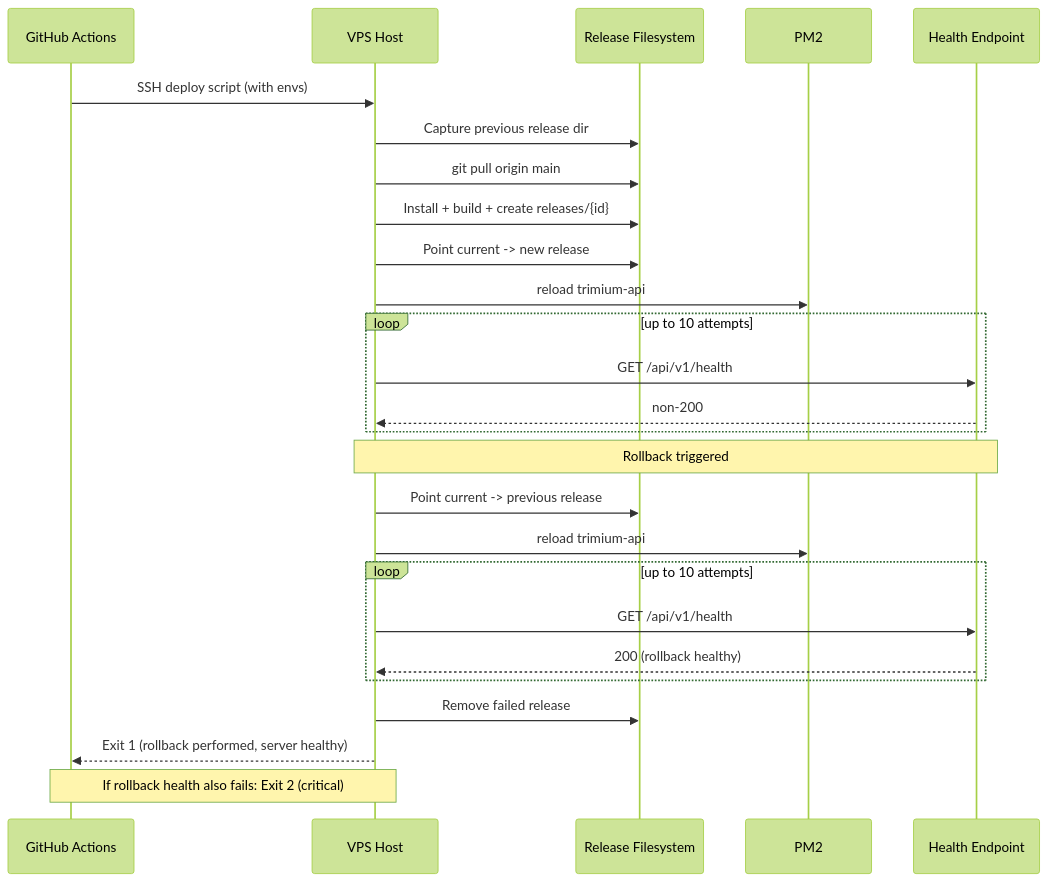
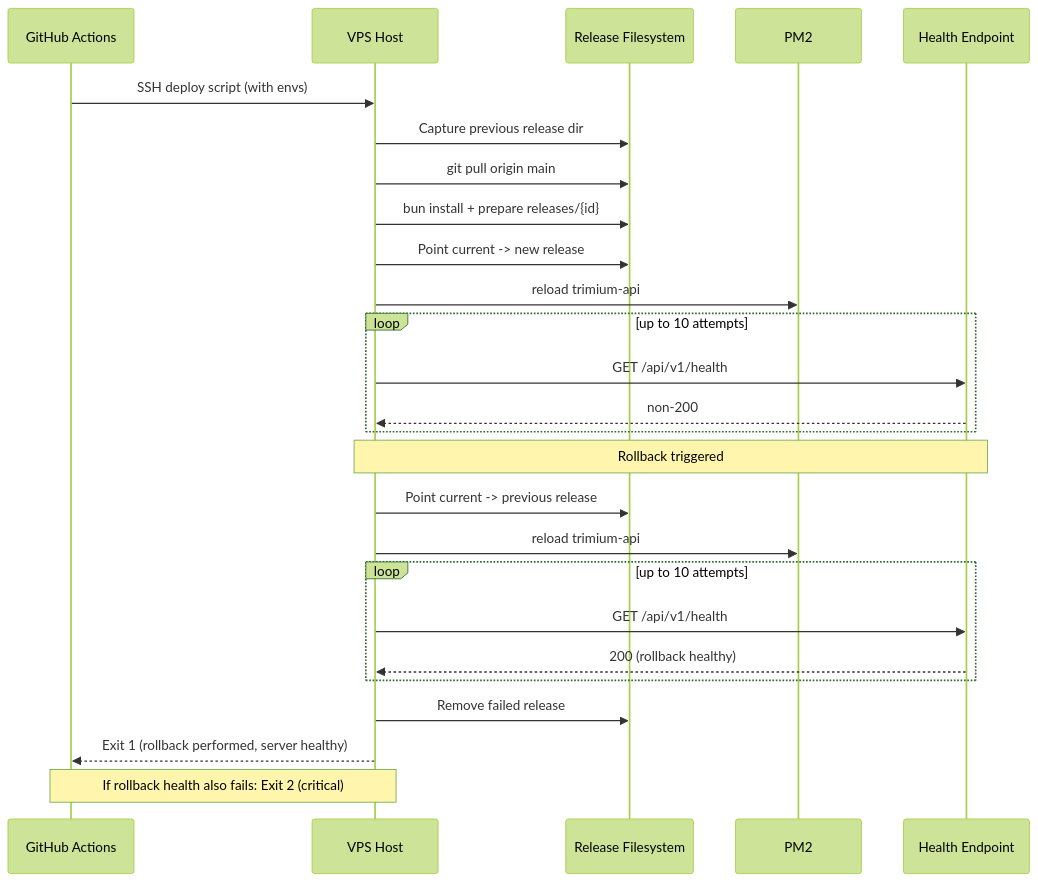
The fifth of 6 diagrams in docs/architecture/CI_CD_PIPELINE_ARCHITECTURE.md (IamDevTrivedi/Trimium), drawn with Mermaid (forest theme) before and after one commit. The commit also changed other lines of this file and 69 other files, not shown here.

````diff
--- a/docs/architecture/CI_CD_PIPELINE_ARCHITECTURE.md
+++ b/docs/architecture/CI_CD_PIPELINE_ARCHITECTURE.md
@@ -368,35 +372,35 @@
 ```mermaid
 sequenceDiagram
     participant GH as GitHub Actions
     participant VPS as VPS Host
     participant FS as Release Filesystem
     participant PM2 as PM2
     participant API as Health Endpoint
 
     GH->>VPS: SSH deploy script (with envs)
     VPS->>FS: Capture previous release dir
     VPS->>FS: git pull origin main
-    VPS->>FS: Install + build + create releases/{id}
+    VPS->>FS: bun install + prepare releases/{id}
     VPS->>FS: Point current -> new release
     VPS->>PM2: reload trimium-api
 
     loop up to 10 attempts
         VPS->>API: GET /api/v1/health
         API-->>VPS: non-200
     end
 
     Note over VPS,API: Rollback triggered
 
     VPS->>FS: Point current -> previous release
     VPS->>PM2: reload trimium-api
 
     loop up to 10 attempts
         VPS->>API: GET /api/v1/health
         API-->>VPS: 200 (rollback healthy)
     end
 
     VPS->>FS: Remove failed release
     VPS-->>GH: Exit 1 (rollback performed, server healthy)
 
     Note over VPS,GH: If rollback health also fails: Exit 2 (critical)
 ```
````
